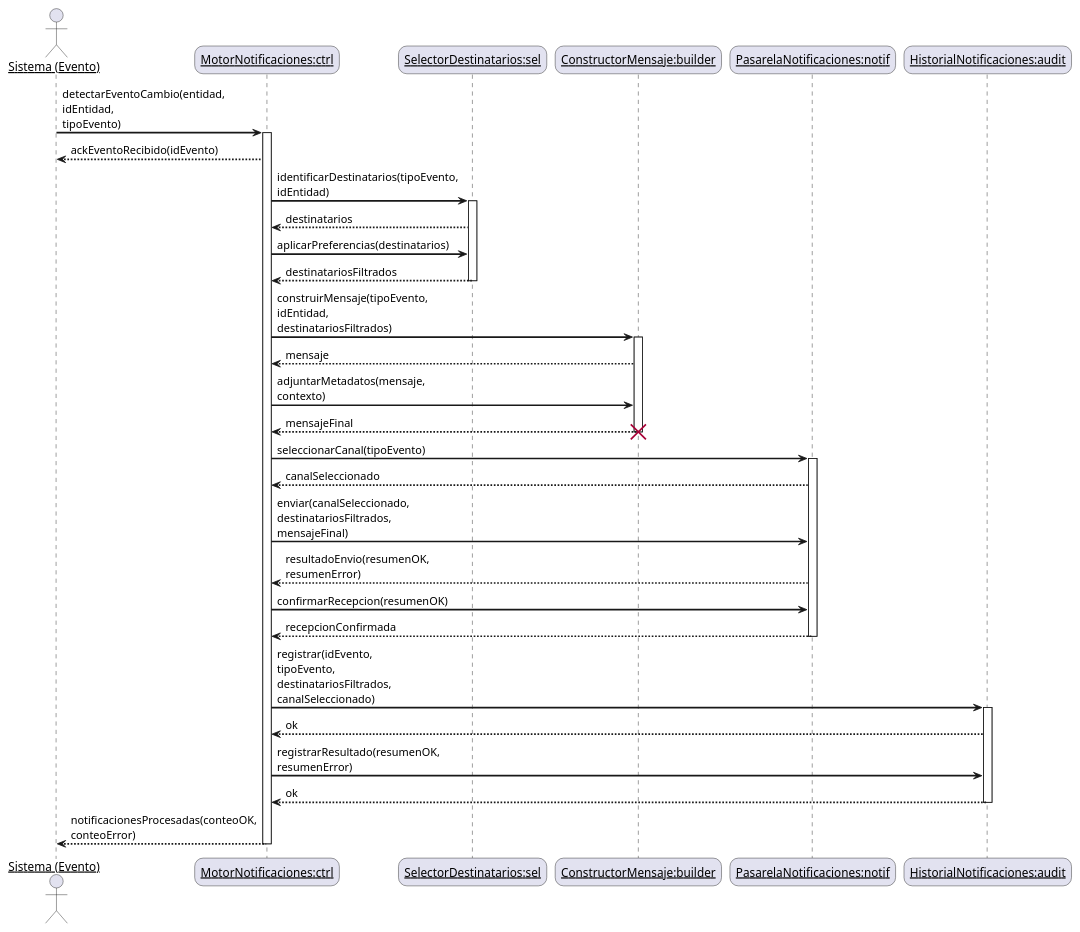
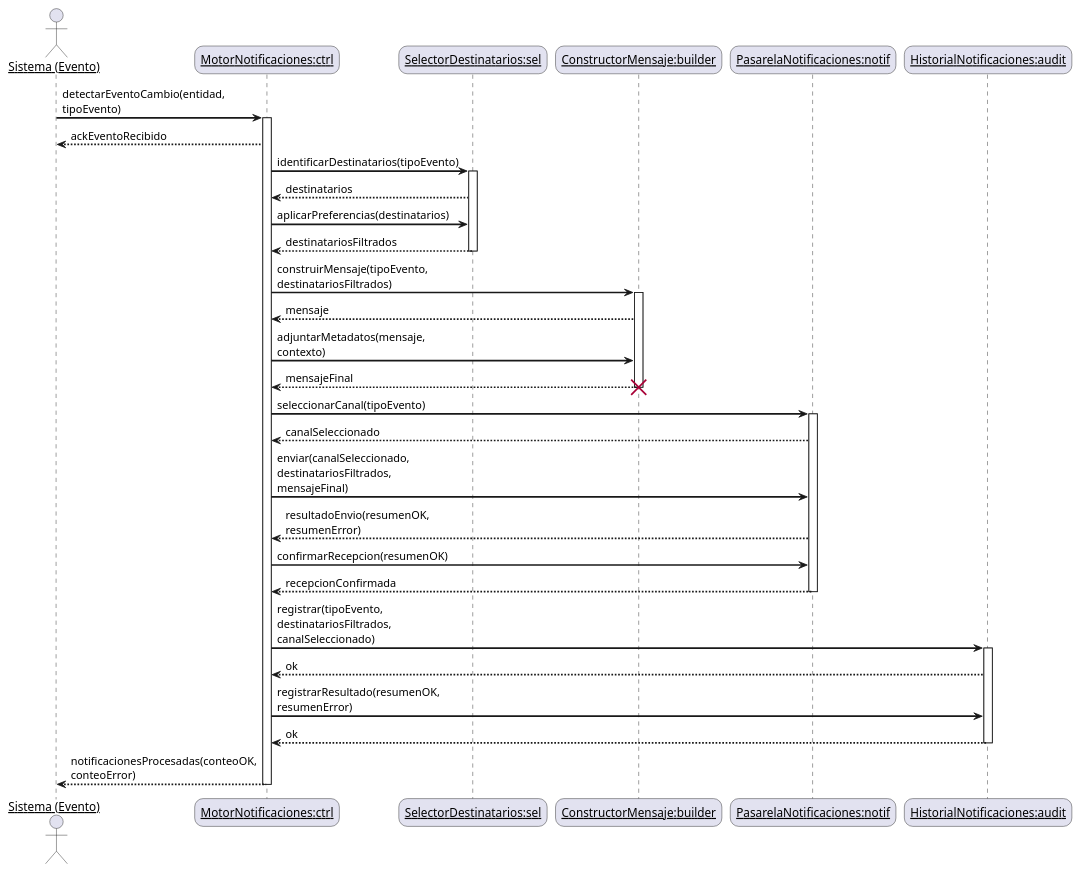
The diagram in diagramas/05-diagramas-secuencia/05-secuencia-caso-uso-07-enviar-notificaciones-escenario-07.puml (dantebiondi666-prog/SistemaProductoraVideos), drawn with PlantUML before and after one commit. The commit also changed 13 other files, not shown here.

Commit message:
corrección de todos los diagramas de secuencia y del índice + changelog update

```diff
--- a/diagramas/05-diagramas-secuencia/05-secuencia-caso-uso-07-enviar-notificaciones-escenario-07.puml
+++ b/diagramas/05-diagramas-secuencia/05-secuencia-caso-uso-07-enviar-notificaciones-escenario-07.puml
@@ -1,60 +1,60 @@
-@startuml
+@startuml diagsecuencia07
 skinparam sequenceArrowThickness 2
 skinparam roundcorner 20
 skinparam maxmessagesize 60
 skinparam sequenceParticipant underline
 
 ' Actor que dispara el proceso automático (scheduler / evento de dominio)
 actor "Sistema (Evento)" as sys
 participant "MotorNotificaciones:ctrl" as ctrl
 participant "SelectorDestinatarios:sel" as sel
 participant "ConstructorMensaje:builder" as builder
 participant "PasarelaNotificaciones:notif" as notif
 participant "HistorialNotificaciones:audit" as audit
 
 ' --- Disparo del evento automático ---
-sys -> ctrl: detectarEventoCambio(entidad, idEntidad, tipoEvento)
+sys -> ctrl: detectarEventoCambio(entidad, tipoEvento)
 activate ctrl
-ctrl --> sys: ackEventoRecibido(idEvento)
+ctrl --> sys: ackEventoRecibido
 
 ' --- Identificar destinatarios ---
-ctrl -> sel: identificarDestinatarios(tipoEvento, idEntidad)
+ctrl -> sel: identificarDestinatarios(tipoEvento)
 activate sel
 sel --> ctrl: destinatarios
 ctrl -> sel: aplicarPreferencias(destinatarios)
 sel --> ctrl: destinatariosFiltrados
 deactivate sel
 
 ' --- Construir mensaje (objeto temporal) ---
-ctrl -> builder: construirMensaje(tipoEvento, idEntidad, destinatariosFiltrados)
+ctrl -> builder: construirMensaje(tipoEvento, destinatariosFiltrados)
 activate builder
 builder --> ctrl: mensaje
 ctrl -> builder: adjuntarMetadatos(mensaje, contexto)
 builder --> ctrl: mensajeFinal
 destroy builder
 
 ' --- Envío por pasarela (lineal) ---
 ctrl -> notif: seleccionarCanal(tipoEvento)
 activate notif
 notif --> ctrl: canalSeleccionado
 
 ctrl -> notif: enviar(canalSeleccionado, destinatariosFiltrados, mensajeFinal)
 notif --> ctrl: resultadoEnvio(resumenOK, resumenError)
 
 ' (tercera interacción para notif, cumpliendo la regla 3+)
 ctrl -> notif: confirmarRecepcion(resumenOK)
 notif --> ctrl: recepcionConfirmada
 deactivate notif
 
 ' --- Registrar historial ---
-ctrl -> audit: registrar(idEvento, tipoEvento, destinatariosFiltrados, canalSeleccionado)
+ctrl -> audit: registrar(tipoEvento, destinatariosFiltrados, canalSeleccionado)
 activate audit
 audit --> ctrl: ok
 ctrl -> audit: registrarResultado(resumenOK, resumenError)
 audit --> ctrl: ok
 deactivate audit
 
 ' --- Cierre del proceso ---
 ctrl --> sys: notificacionesProcesadas(conteoOK, conteoError)
 deactivate ctrl
 @enduml
```
